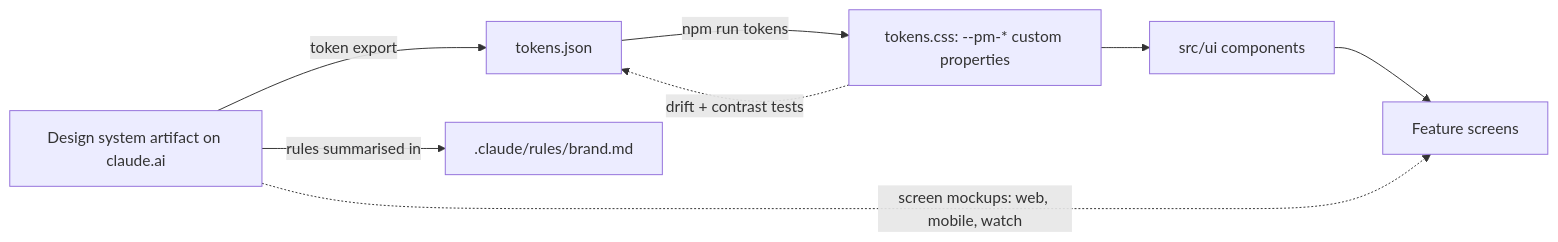
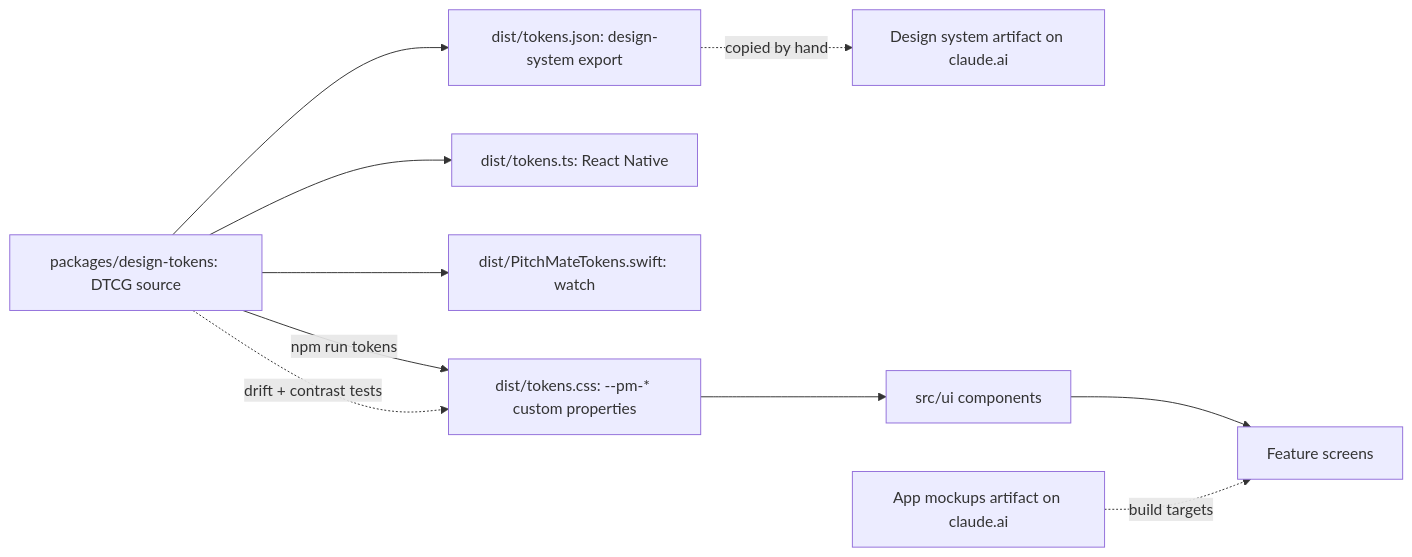
Before and after one commit to WeeDevvo/PitchMate: the diagram in specs/master/08-design.md, drawn with Mermaid. The commit also changed other lines of this file and 9 other files, not shown here.

First line of the commit message:
docs(design): brand rules and spec for the overhaul; drop template leftovers

````diff
--- a/specs/master/08-design.md
+++ b/specs/master/08-design.md
@@ -11,10 +11,12 @@
 ```mermaid
 flowchart LR
-  ds[Design system artifact on claude.ai] -->|token export| json[tokens.json]
-  json -->|npm run tokens| css[tokens.css: --pm-* custom properties]
+  src[packages/design-tokens: DTCG source] -->|npm run tokens| css[dist/tokens.css: --pm-* custom properties]
+  src --> rn[dist/tokens.ts: React Native]
+  src --> swift[dist/PitchMateTokens.swift: watch]
+  src --> export[dist/tokens.json: design-system export]
+  export -. copied by hand .-> ds[Design system artifact on claude.ai]
   css --> ui[src/ui components]
   ui --> features[Feature screens]
-  ds -->|rules summarised in| brand[.claude/rules/brand.md]
-  ds -. screen mockups: web, mobile, watch .-> features
-  css -. drift + contrast tests .-> json
+  mock[App mockups artifact on claude.ai] -. build targets .-> features
+  src -. drift + contrast tests .-> css
 ```
````
